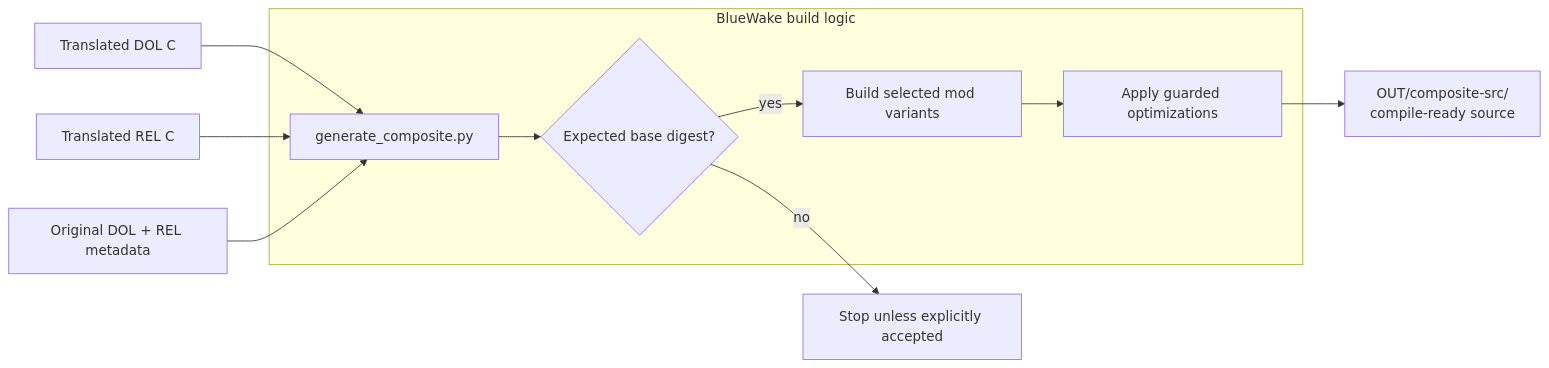
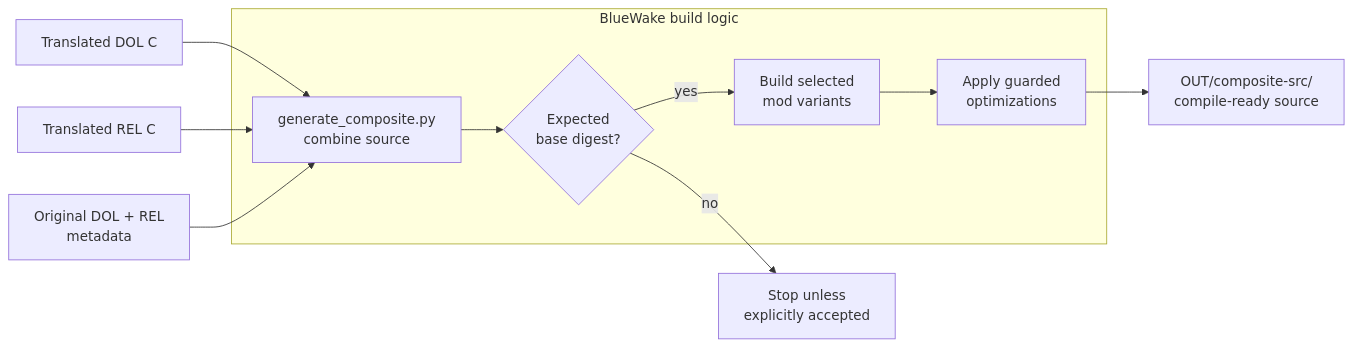
Before and after one commit to Aelbannan/boat_of_daphnes: the eighth of 10 diagrams in docs/architecture/Build.md, drawn with Mermaid. The commit also changed other lines of this file, not shown here.

Commit message:
docs: wrap build diagram labels

````diff
--- a/docs/architecture/Build.md
+++ b/docs/architecture/Build.md
@@ -416,22 +416,22 @@
 ```mermaid
 flowchart LR
     DolC["Translated DOL C"]
     RelC["Translated REL C"]
-    Binaries["Original DOL + REL metadata"]
+    Binaries["Original DOL + REL<br/>metadata"]
     Ready["OUT/composite-src/<br/>compile-ready source"]
-    Stop["Stop unless explicitly accepted"]
+    Stop["Stop unless<br/>explicitly accepted"]
 
     subgraph BlueWake["BlueWake build logic"]
-        Generate["generate_composite.py"]
-        Verify{"Expected base digest?"}
-        Variants["Build selected mod variants"]
-        Prepare["Apply guarded optimizations"]
+        Generate["generate_composite.py<br/>combine source"]
+        Verify{"Expected<br/>base digest?"}
+        Variants["Build selected<br/>mod variants"]
+        Prepare["Apply guarded<br/>optimizations"]
     end
 
     DolC --> Generate
     RelC --> Generate
     Binaries --> Generate
     Generate --> Verify
     Verify -->|yes| Variants --> Prepare --> Ready
     Verify -->|no| Stop
 ```
````
